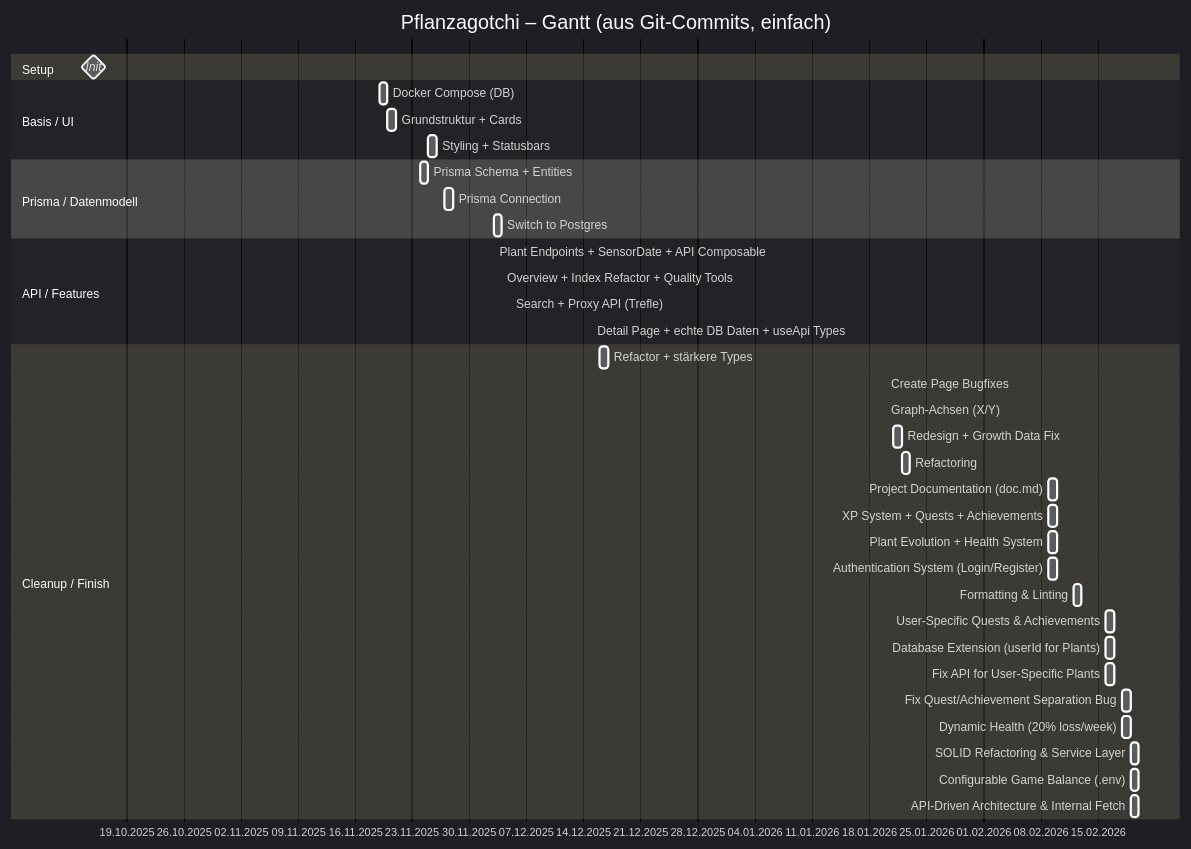
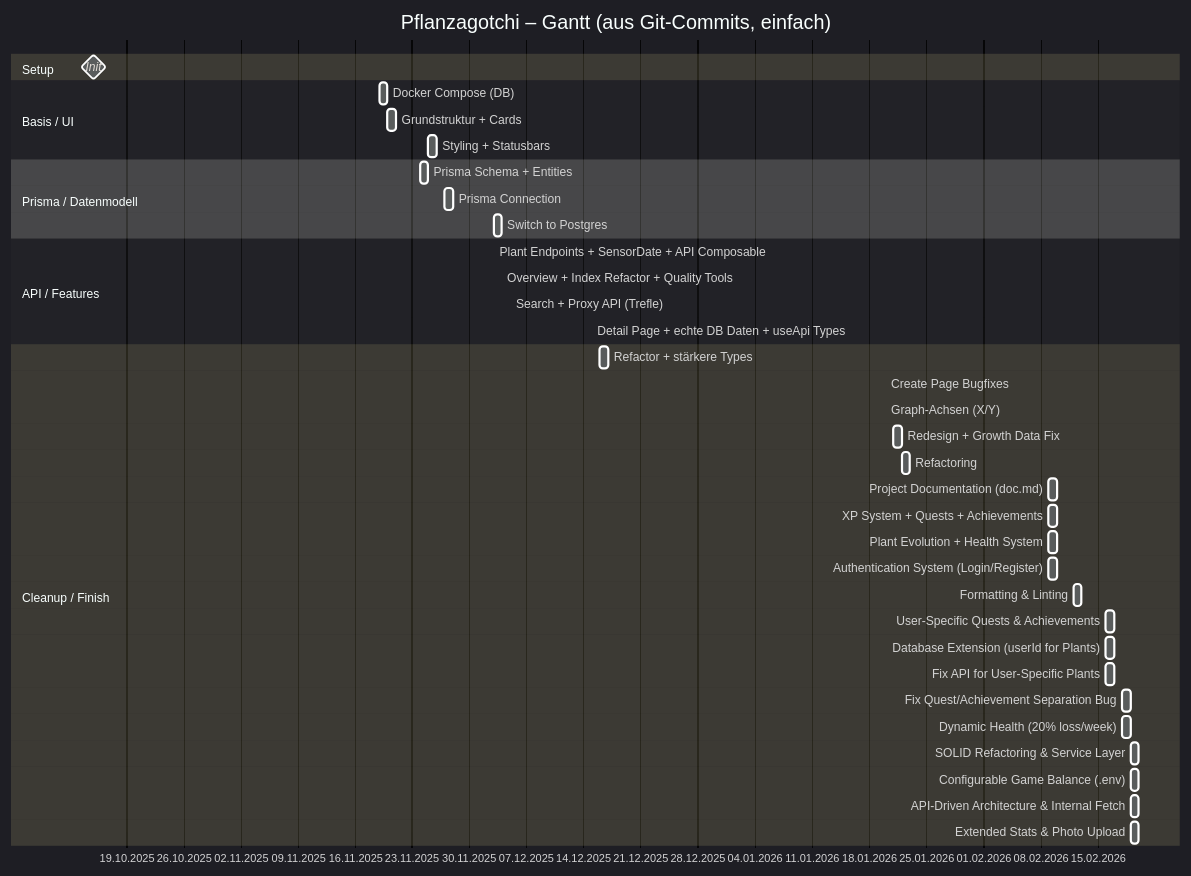
Before and after one commit to dominik-kretschmer/Pflanzagotchi: the diagram in gant.mmd, drawn with Mermaid. The commit also changed 4 other files, not shown here.

Commit message:
added image uploading added better graphs and overview for total times of interactions

```diff
--- a/gant.mmd
+++ b/gant.mmd
@@ -1,45 +1,46 @@
 %%{init: {'theme':'dark', 'themeVariables': { 'fontSize':'16px', 'textColor':'#ffffff', 'primaryTextColor':'#ffffff', 'secondaryTextColor':'#ffffff', 'fontFamily':'arial'}}}%%
 gantt
     title Pflanzagotchi – Gantt (aus Git-Commits, einfach)
     dateFormat  YYYY-MM-DD
     axisFormat  %d.%m.%Y
     todayMarker off
 
     section Setup
         Init :milestone, m1, 2025-10-15, 0d
 
     section Basis / UI
         Docker Compose (DB) :a1, 2025-11-19, 1d
         Grundstruktur + Cards :a2, 2025-11-20, 1d
         Styling + Statusbars :a3, 2025-11-25, 1d
 
     section Prisma / Datenmodell
         Prisma Schema + Entities :a4, 2025-11-24, 1d
         Prisma Connection :a5, 2025-11-27, 1d
         Switch to Postgres :a6, 2025-12-03, 1d
 
     section API / Features
         Plant Endpoints + SensorDate + API Composable :a7, 2025-12-03, 2025-12-03
         Overview + Index Refactor + Quality Tools :a8, 2025-12-04, 2025-12-04
         Search + Proxy API (Trefle) :a9, 2025-12-05, 2025-12-05
         Detail Page + echte DB Daten + useApi Types :a10, 2025-12-15, 2025-12-15
 
     section Cleanup / Finish
         Refactor + stärkere Types :a11, 2025-12-16, 2025-12-17
         Create Page Bugfixes :a12, 2026-01-20, 2026-01-20
         Graph-Achsen (X/Y) :a13, 2026-01-20, 2026-01-20
         Redesign + Growth Data Fix :a14, 2026-01-21, 1d
         Refactoring :a15, 2026-01-22, 1d
         Project Documentation (doc.md) :a16, 2026-02-09, 1d
         XP System + Quests + Achievements :a17, 2026-02-09, 2026-02-10
         Plant Evolution + Health System :a18, 2026-02-09, 1d
         Authentication System (Login/Register) :a19, 2026-02-09, 1d
         Formatting & Linting :a20, 2026-02-12, 1d
         User-Specific Quests & Achievements :a21, 2026-02-16, 1d
         Database Extension (userId for Plants) :a22, 2026-02-16, 1d
         Fix API for User-Specific Plants :a23, 2026-02-16, 1d
         Fix Quest/Achievement Separation Bug :a24, 2026-02-18, 1d
         Dynamic Health (20% loss/week) :a25, 2026-02-18, 1d
         SOLID Refactoring & Service Layer :a26, 2026-02-19, 1d
         Configurable Game Balance (.env) :a27, 2026-02-19, 1d
         API-Driven Architecture & Internal Fetch :a28, 2026-02-19, 1d
+        Extended Stats & Photo Upload :a29, 2026-02-19, 1d
```
